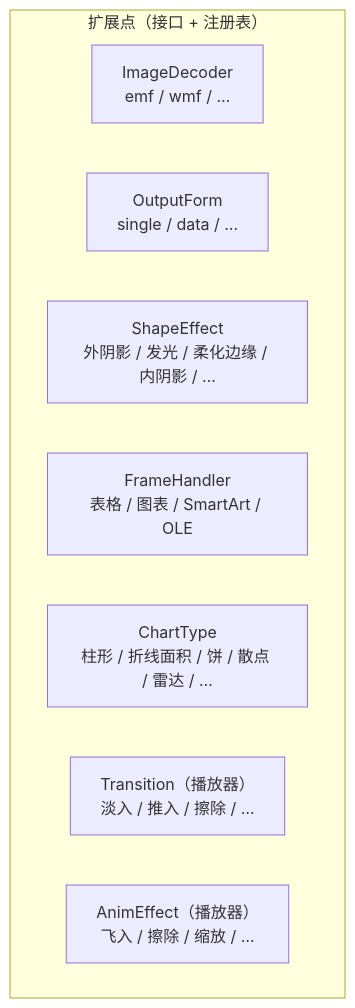
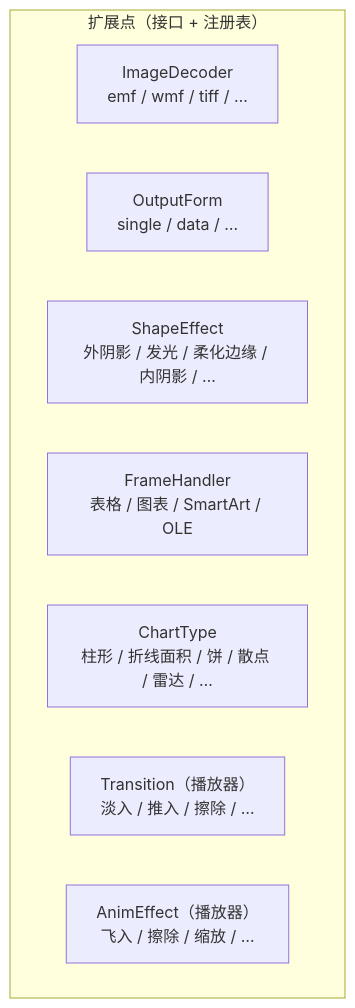
One commit to spitmaster/unppt changed the fourth of 5 diagrams in docs/architecture.md. Above: the diagram before and after it, drawn with Mermaid. The commit also changed other lines of this file and 8 other files, not shown here.

````diff
--- a/docs/architecture.md
+++ b/docs/architecture.md
@@ -112,12 +112,12 @@
 ```mermaid
 flowchart TB
   subgraph ext[扩展点（接口 + 注册表）]
-    dec[ImageDecoder<br/>emf / wmf / …]
+    dec[ImageDecoder<br/>emf / wmf / tiff / …]
     of[OutputForm<br/>single / data / …]
     eff[ShapeEffect<br/>外阴影 / 发光 / 柔化边缘 / 内阴影 / …]
     frame[FrameHandler<br/>表格 / 图表 / SmartArt / OLE]
     ct[ChartType<br/>柱形 / 折线面积 / 饼 / 散点 / 雷达 / …]
     tr[Transition（播放器）<br/>淡入 / 推入 / 擦除 / …]
     ae[AnimEffect（播放器）<br/>飞入 / 擦除 / 缩放 / …]
   end
 ```
````
